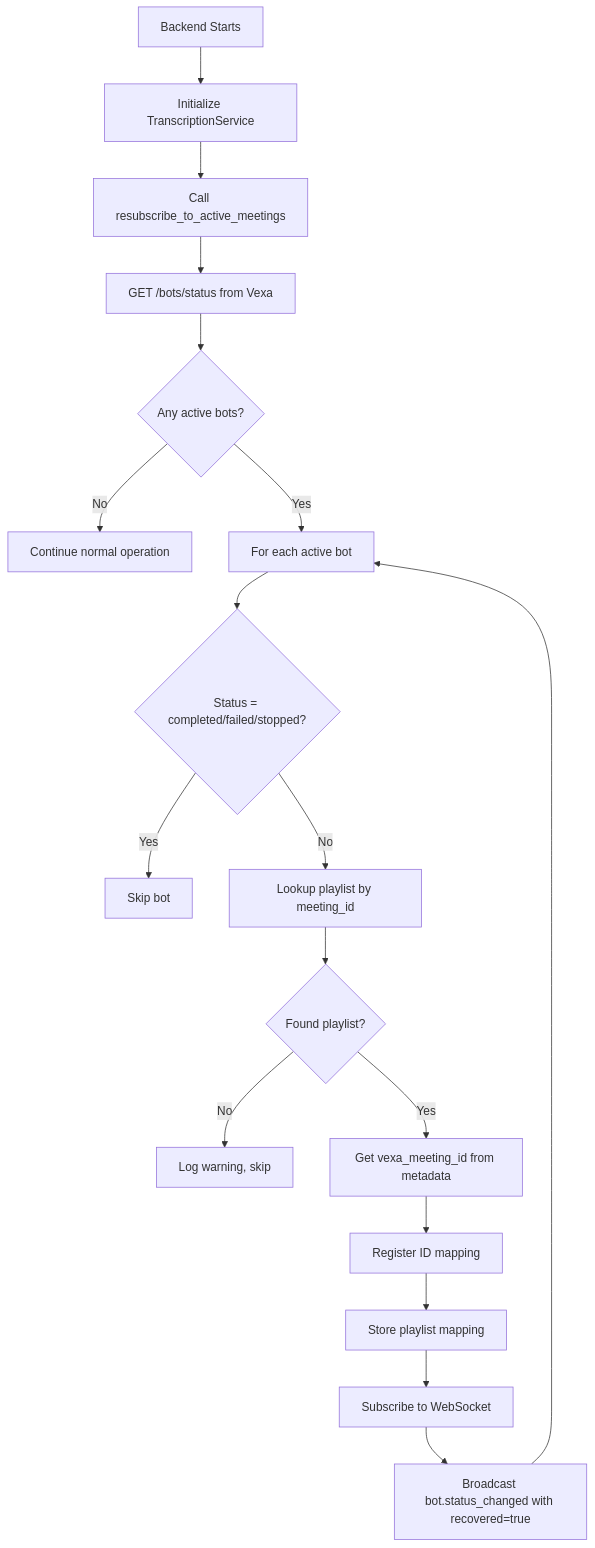
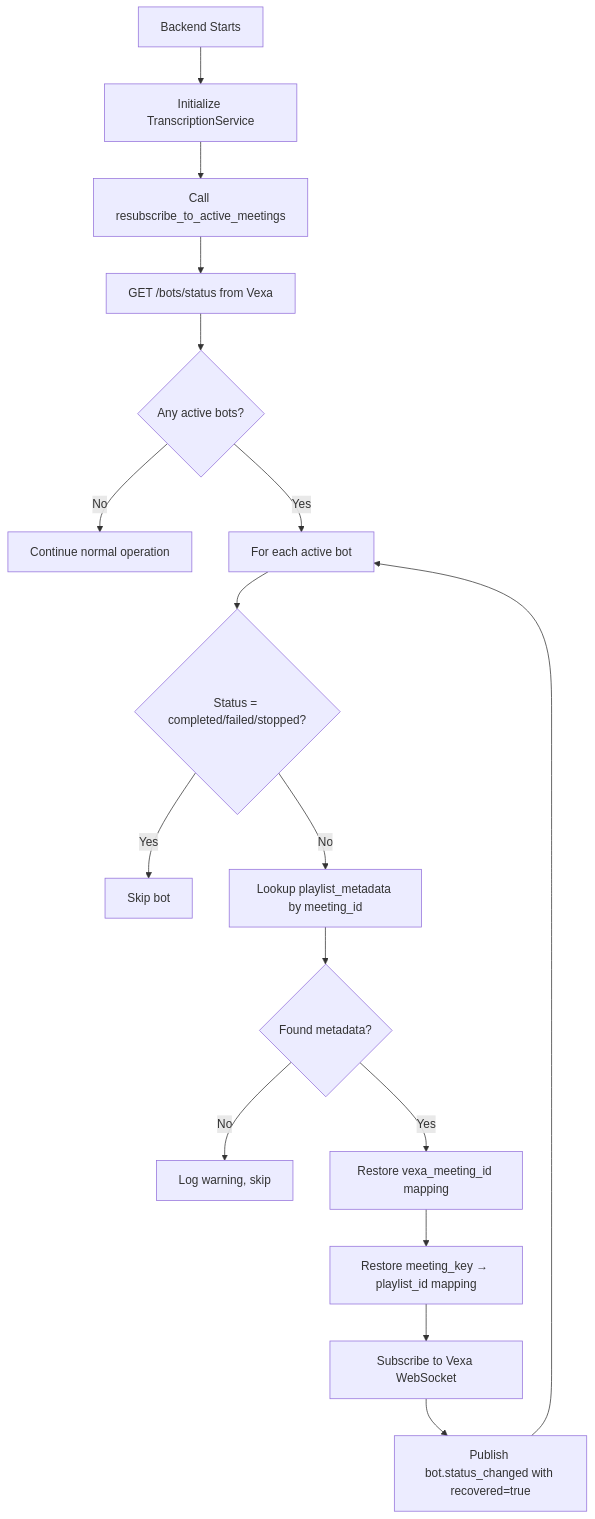
Before and after one commit to jspada200/dna: the sixth of 6 diagrams in backend/docs/TRANSCRIPTION_PIPELINE.md, drawn with Mermaid. The commit also changed other lines of this file, not shown here.

````diff
--- a/backend/docs/TRANSCRIPTION_PIPELINE.md
+++ b/backend/docs/TRANSCRIPTION_PIPELINE.md
@@ -453,23 +910,22 @@
 ```mermaid
 flowchart TD
     A[Backend Starts] --> B[Initialize TranscriptionService]
     B --> C[Call resubscribe_to_active_meetings]
     C --> D[GET /bots/status from Vexa]
     D --> E{Any active bots?}
     E -->|No| F[Continue normal operation]
     E -->|Yes| G[For each active bot]
-    
+
     G --> H{Status = completed/failed/stopped?}
     H -->|Yes| I[Skip bot]
-    H -->|No| J[Lookup playlist by meeting_id]
-    
-    J --> K{Found playlist?}
+    H -->|No| J[Lookup playlist_metadata by meeting_id]
+
+    J --> K{Found metadata?}
     K -->|No| L[Log warning, skip]
-    K -->|Yes| M[Get vexa_meeting_id from metadata]
-    
-    M --> N[Register ID mapping]
-    N --> O[Store playlist mapping]
-    O --> P[Subscribe to WebSocket]
-    P --> Q[Broadcast bot.status_changed with recovered=true]
-    Q --> G
+    K -->|Yes| M[Restore vexa_meeting_id mapping]
+
+    M --> N[Restore meeting_key → playlist_id mapping]
+    N --> O[Subscribe to Vexa WebSocket]
+    O --> P[Publish bot.status_changed with recovered=true]
+    P --> G
 ```
````
